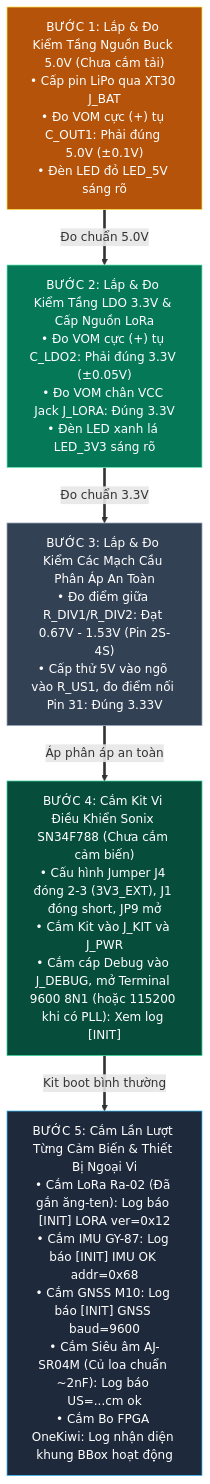
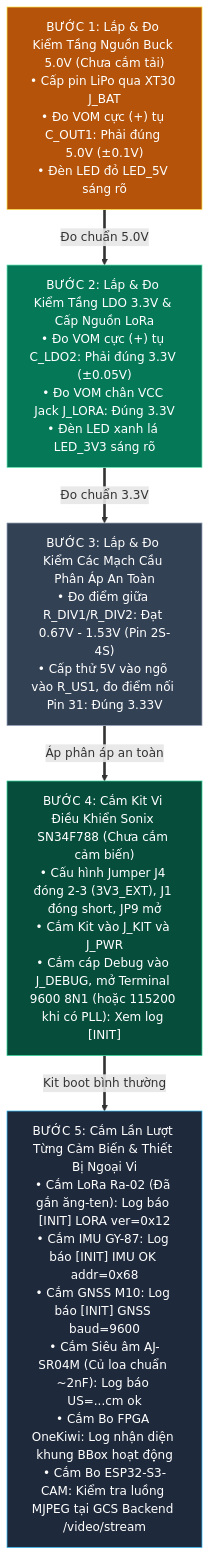
Before and after one commit to duyphong375/uav_payload: the tenth of 10 diagrams in docs/hardware/wiring/KVC_CIRCUIT_SCHEMATIC_GUIDE.md, drawn with Mermaid. The commit also changed other lines of this file and 50 other files, not shown here.

Commit message:
docs: bo Replay khoi UI, bo sung IF-05 ESP32-S3-CAM, dong bo trang thai ky thuat

````diff
--- a/docs/hardware/wiring/KVC_CIRCUIT_SCHEMATIC_GUIDE.md
+++ b/docs/hardware/wiring/KVC_CIRCUIT_SCHEMATIC_GUIDE.md
@@ -731,29 +833,29 @@
 ```mermaid
 flowchart TD
     STEP1["BƯỚC 1: Lắp & Đo Kiểm Tầng Nguồn Buck 5.0V (Chưa cắm tải)<br/>• Cấp pin LiPo qua XT30 J_BAT<br/>• Đo VOM cực (+) tụ C_OUT1: Phải đúng 5.0V (±0.1V)<br/>• Đèn LED đỏ LED_5V sáng rõ"]
 
     STEP2["BƯỚC 2: Lắp & Đo Kiểm Tầng LDO 3.3V & Cấp Nguồn LoRa<br/>• Đo VOM cực (+) tụ C_LDO2: Phải đúng 3.3V (±0.05V)<br/>• Đo VOM chân VCC Jack J_LORA: Đúng 3.3V<br/>• Đèn LED xanh lá LED_3V3 sáng rõ"]
 
     STEP3["BƯỚC 3: Lắp & Đo Kiểm Các Mạch Cầu Phân Áp An Toàn<br/>• Đo điểm giữa R_DIV1/R_DIV2: Đạt 0.67V - 1.53V (Pin 2S-4S)<br/>• Cấp thử 5V vào ngõ vào R_US1, đo điểm nối Pin 31: Đúng 3.33V"]
 
     STEP4["BƯỚC 4: Cắm Kit Vi Điều Khiển Sonix SN34F788 (Chưa cắm cảm biến)<br/>• Cấu hình Jumper J4 đóng 2-3 (3V3_EXT), J1 đóng short, JP9 mở<br/>• Cắm Kit vào J_KIT và J_PWR<br/>• Cắm cáp Debug vào J_DEBUG, mở Terminal 9600 8N1 (hoặc 115200 khi có PLL): Xem log [INIT]"]
 
-    STEP5["BƯỚC 5: Cắm Lần Lượt Từng Cảm Biến & Thiết Bị Ngoại Vi<br/>• Cắm LoRa Ra-02 (Đã gắn ăng-ten): Log báo [INIT] LORA ver=0x12<br/>• Cắm IMU GY-87: Log báo [INIT] IMU OK addr=0x68<br/>• Cắm GNSS M10: Log báo [INIT] GNSS baud=9600<br/>• Cắm Siêu âm AJ-SR04M (Củ loa chuẩn ~2nF): Log báo US=...cm ok<br/>• Cắm Bo FPGA OneKiwi: Log nhận diện khung BBox hoạt động"]
+    STEP5["BƯỚC 5: Cắm Lần Lượt Từng Cảm Biến & Thiết Bị Ngoại Vi<br/>• Cắm LoRa Ra-02 (Đã gắn ăng-ten): Log báo [INIT] LORA ver=0x12<br/>• Cắm IMU GY-87: Log báo [INIT] IMU OK addr=0x68<br/>• Cắm GNSS M10: Log báo [INIT] GNSS baud=9600<br/>• Cắm Siêu âm AJ-SR04M (Củ loa chuẩn ~2nF): Log báo US=...cm ok<br/>• Cắm Bo FPGA OneKiwi: Log nhận diện khung BBox hoạt động<br/>• Cắm Bo ESP32-S3-CAM: Kiểm tra luồng MJPEG tại GCS Backend /video/stream"]
 
     STEP1 ==>|"Đo chuẩn 5.0V"| STEP2
     STEP2 ==>|"Đo chuẩn 3.3V"| STEP3
     STEP3 ==>|"Áp phân áp an toàn"| STEP4
     STEP4 ==>|"Kit boot bình thường"| STEP5
 
     classDef s1 fill:#b45309,stroke:#fde047,color:#ffffff;
     classDef s2 fill:#047857,stroke:#6ee7b7,color:#ffffff;
     classDef s3 fill:#334155,stroke:#94a3b8,color:#ffffff;
     classDef s4 fill:#064e3b,stroke:#34d399,color:#ffffff;
     classDef s5 fill:#1e293b,stroke:#38bdf8,color:#ffffff;
 
     class STEP1 s1;
     class STEP2 s2;
     class STEP3 s3;
     class STEP4 s4;
     class STEP5 s5;
 ```
````
